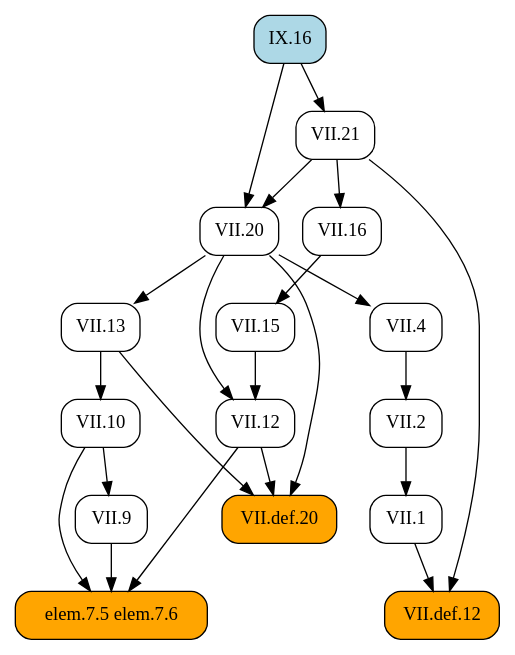
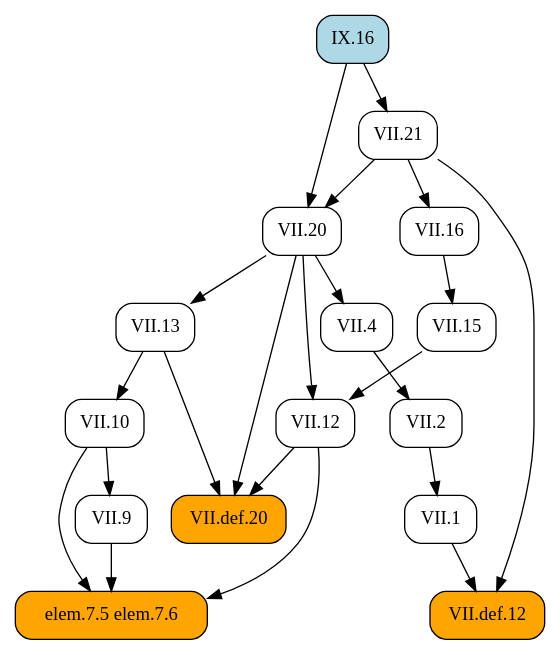
Before and after one commit to geometor/elements: the diagram in docsrc/heath/IX/16/index.rst, drawn with Graphviz. The commit also changed other lines of this file and 484 other files, not shown here.

```diff
--- a/docsrc/heath/IX/16/index.rst
+++ b/docsrc/heath/IX/16/index.rst
@@ -32,42 +32,42 @@
 .. graphviz::
 
    digraph {
      rankdir="TB";
      node [shape=box, style=rounded];
-     "elem.7.5 elem.7.6" [style="rounded,filled", fillcolor=orange];
-     "VII.20" [URL="/heath/VII/20/", target="_top"];
-     "VII.def.12" [style="rounded,filled", fillcolor=orange, URL="/heath/VII/def.12/", target="_top"];
-     "VII.1" [URL="/heath/VII/1/", target="_top"];
-     "VII.10" [URL="/heath/VII/10/", target="_top"];
-     "VII.9" [URL="/heath/VII/9/", target="_top"];
-     "IX.16" [style="rounded,filled", fillcolor=lightblue, URL="/heath/IX/16/", target="_top"];
      "VII.13" [URL="/heath/VII/13/", target="_top"];
-     "VII.2" [URL="/heath/VII/2/", target="_top"];
-     "VII.16" [URL="/heath/VII/16/", target="_top"];
      "VII.12" [URL="/heath/VII/12/", target="_top"];
      "VII.4" [URL="/heath/VII/4/", target="_top"];
+     "VII.def.12" [style="rounded,filled", fillcolor=orange, URL="/heath/VII/def.12/", target="_top"];
+     "elem.7.5 elem.7.6" [style="rounded,filled", fillcolor=orange];
+     "VII.9" [URL="/heath/VII/9/", target="_top"];
+     "VII.1" [URL="/heath/VII/1/", target="_top"];
+     "VII.16" [URL="/heath/VII/16/", target="_top"];
+     "IX.16" [style="rounded,filled", fillcolor=lightblue, URL="/heath/IX/16/", target="_top"];
+     "VII.21" [URL="/heath/VII/21/", target="_top"];
+     "VII.20" [URL="/heath/VII/20/", target="_top"];
+     "VII.2" [URL="/heath/VII/2/", target="_top"];
+     "VII.def.20" [style="rounded,filled", fillcolor=orange, URL="/heath/VII/def.20/", target="_top"];
      "VII.15" [URL="/heath/VII/15/", target="_top"];
-     "VII.21" [URL="/heath/VII/21/", target="_top"];
-     "VII.def.20" [style="rounded,filled", fillcolor=orange, URL="/heath/VII/def.20/", target="_top"];
+     "VII.10" [URL="/heath/VII/10/", target="_top"];
+     "VII.20" -> "VII.13";
+     "VII.15" -> "VII.12";
+     "VII.20" -> "VII.12";
+     "VII.20" -> "VII.4";
+     "VII.1" -> "VII.def.12";
+     "VII.21" -> "VII.def.12";
      "VII.9" -> "elem.7.5 elem.7.6";
      "VII.10" -> "elem.7.5 elem.7.6";
      "VII.12" -> "elem.7.5 elem.7.6";
+     "VII.10" -> "VII.9";
+     "VII.2" -> "VII.1";
+     "VII.21" -> "VII.16";
+     "IX.16" -> "VII.21";
      "VII.21" -> "VII.20";
      "IX.16" -> "VII.20";
-     "VII.1" -> "VII.def.12";
-     "VII.21" -> "VII.def.12";
-     "VII.2" -> "VII.1";
-     "VII.13" -> "VII.10";
-     "VII.10" -> "VII.9";
-     "VII.20" -> "VII.13";
      "VII.4" -> "VII.2";
-     "VII.21" -> "VII.16";
-     "VII.15" -> "VII.12";
-     "VII.20" -> "VII.12";
-     "VII.20" -> "VII.4";
-     "VII.16" -> "VII.15";
-     "IX.16" -> "VII.21";
      "VII.12" -> "VII.def.20";
      "VII.13" -> "VII.def.20";
      "VII.20" -> "VII.def.20";
+     "VII.16" -> "VII.15";
+     "VII.13" -> "VII.10";
    }
```
